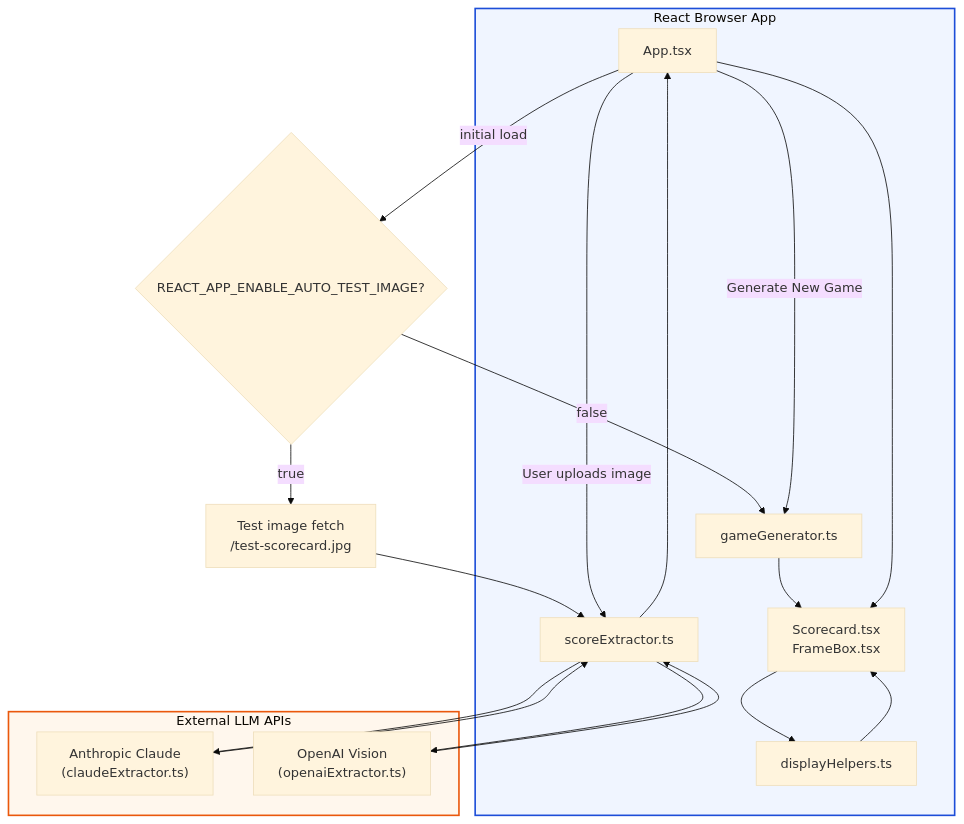
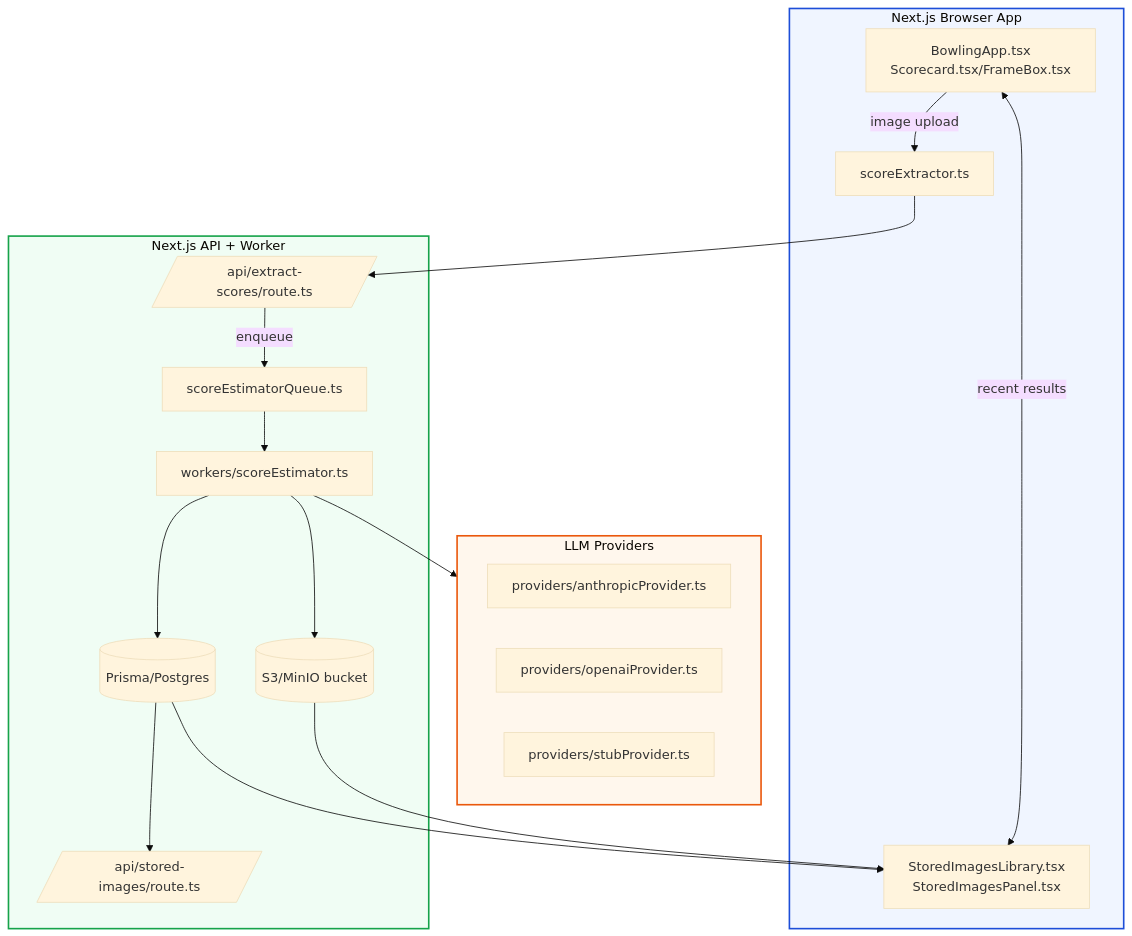
One commit to mcbrown87/bowling-score-card-vibes changed the diagram in bowling-scorecard/docs/system-diagram.md. Above: the diagram before and after it, drawn with Mermaid (base theme). The commit also changed 6 other files, not shown here.

````diff
--- a/bowling-scorecard/docs/system-diagram.md
+++ b/bowling-scorecard/docs/system-diagram.md
@@ -3,32 +3,36 @@
 ```mermaid
 flowchart TD
-    subgraph Browser["React Browser App"]
-        App[App.tsx]
-        Scorecard[Scorecard.tsx<br/>FrameBox.tsx]
-        DisplayHelpers[displayHelpers.ts]
-        RandomGen[gameGenerator.ts]
-        OCR[scoreExtractor.ts]
+    subgraph Browser["Next.js Browser App"]
+        Upload[BowlingApp.tsx<br/>Scorecard.tsx/FrameBox.tsx]
+        Library[StoredImagesLibrary.tsx<br/>StoredImagesPanel.tsx]
+        Extractor[scoreExtractor.ts]
     end
 
-    subgraph LLMVendors["External LLM APIs"]
-        Claude["Anthropic Claude<br/>(claudeExtractor.ts)"]
-        OpenAI["OpenAI Vision<br/>(openaiExtractor.ts)"]
+    subgraph API["Next.js API + Worker"]
+        ExtractRoute[/api/extract-scores/route.ts/]
+        StoredImagesRoute[/api/stored-images/route.ts/]
+        Queue[scoreEstimatorQueue.ts]
+        Worker[workers/scoreEstimator.ts]
+        Prisma[(Prisma/Postgres)]
+        Storage[(S3/MinIO bucket)]
     end
 
-    App -- initial load --> InitChoice{REACT_APP_ENABLE_AUTO_TEST_IMAGE?}
-    InitChoice -- "true" --> AutoLoad[Test image fetch<br/>/test-scorecard.jpg]
-    InitChoice -- "false" --> RandomGen
+    subgraph Providers["LLM Providers"]
+        Anthropic["providers/anthropicProvider.ts"]
+        OpenAI["providers/openaiProvider.ts"]
+        Stub["providers/stubProvider.ts"]
+    end
 
-    AutoLoad --> OCR
-    App -- "Generate New Game" --> RandomGen
-    App -- "User uploads image" --> OCR
-
-    RandomGen --> Scorecard
-    OCR --> Claude & OpenAI
-    Claude & OpenAI --> OCR
-    OCR --> App
-    App --> Scorecard --> DisplayHelpers --> Scorecard
+    Upload -->|image upload| Extractor --> ExtractRoute
+    ExtractRoute -->|enqueue| Queue --> Worker --> Providers
+    Worker --> Prisma
+    Worker --> Storage
+    Prisma --> StoredImagesRoute
+    Storage --> Library
+    Prisma --> Library
+    Upload <-->|recent results| Library
 
     style Browser fill:#f0f5ff,stroke:#1d4ed8,stroke-width:2px
-    style LLMVendors fill:#fff7ed,stroke:#ea580c,stroke-width:2px
+    style API fill:#f0fdf4,stroke:#16a34a,stroke-width:2px
+    style Providers fill:#fff7ed,stroke:#ea580c,stroke-width:2px
 ```
````
